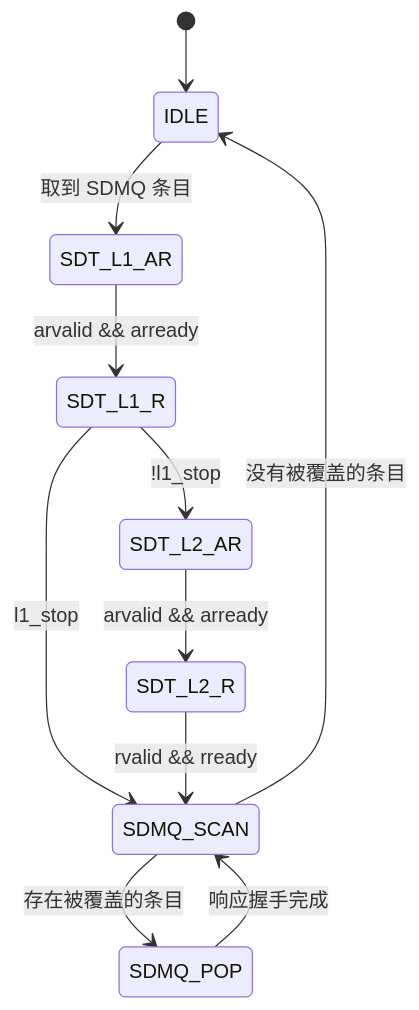
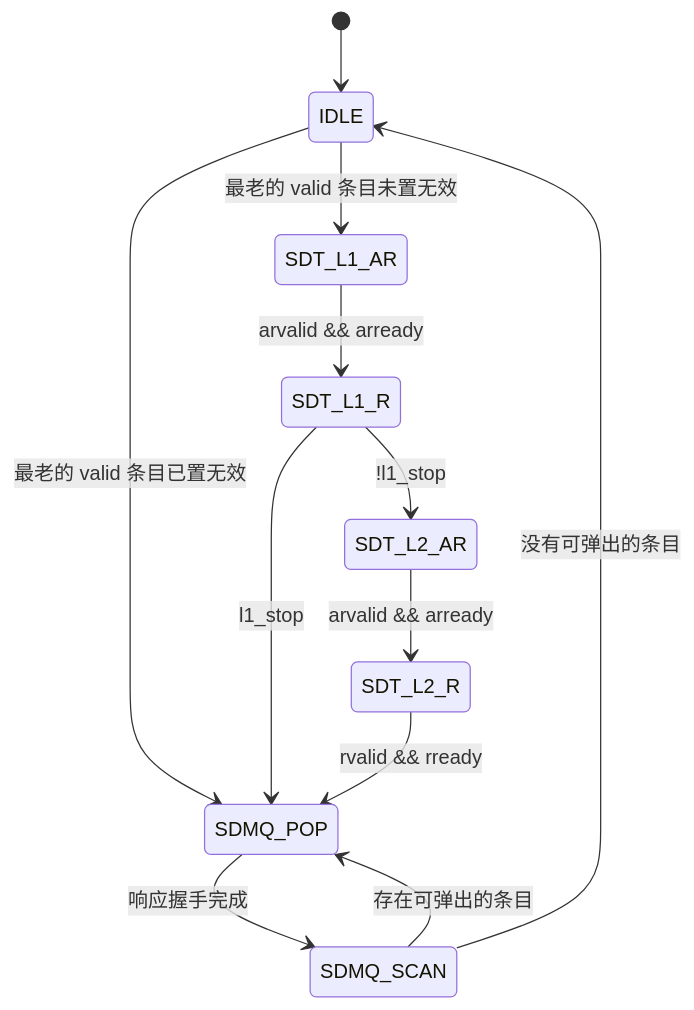
Before and after one commit to DuBirdFly/C1_SDecoder: the third of 3 diagrams in doc/design_plan/SDecoder设计方案/SDecoder 设计方案 v0.9.md, drawn with Mermaid. The commit also changed other lines of this file, not shown here.

````diff
--- a/doc/design_plan/SDecoder设计方案/SDecoder 设计方案 v0.9.md
+++ b/doc/design_plan/SDecoder设计方案/SDecoder 设计方案 v0.9.md
@@ -271,13 +270,14 @@
 ```mermaid
 stateDiagram-v2
     [*] --> IDLE
-    IDLE --> SDT_L1_AR: 取到 SDMQ 条目
+    IDLE --> SDT_L1_AR: 最老的 valid 条目未置无效
+    IDLE --> SDMQ_POP: 最老的 valid 条目已置无效
     SDT_L1_AR --> SDT_L1_R: arvalid && arready
-    SDT_L1_R --> SDMQ_SCAN: l1_stop
+    SDT_L1_R --> SDMQ_POP: l1_stop
     SDT_L1_R --> SDT_L2_AR: !l1_stop
     SDT_L2_AR --> SDT_L2_R: arvalid && arready
-    SDT_L2_R --> SDMQ_SCAN: rvalid && rready
-    SDMQ_SCAN --> SDMQ_POP: 存在被覆盖的条目
-    SDMQ_SCAN --> IDLE: 没有被覆盖的条目
+    SDT_L2_R --> SDMQ_POP: rvalid && rready
+    SDMQ_SCAN --> SDMQ_POP: 存在可弹出的条目
+    SDMQ_SCAN --> IDLE: 没有可弹出的条目
     SDMQ_POP --> SDMQ_SCAN: 响应握手完成
 ```
````
